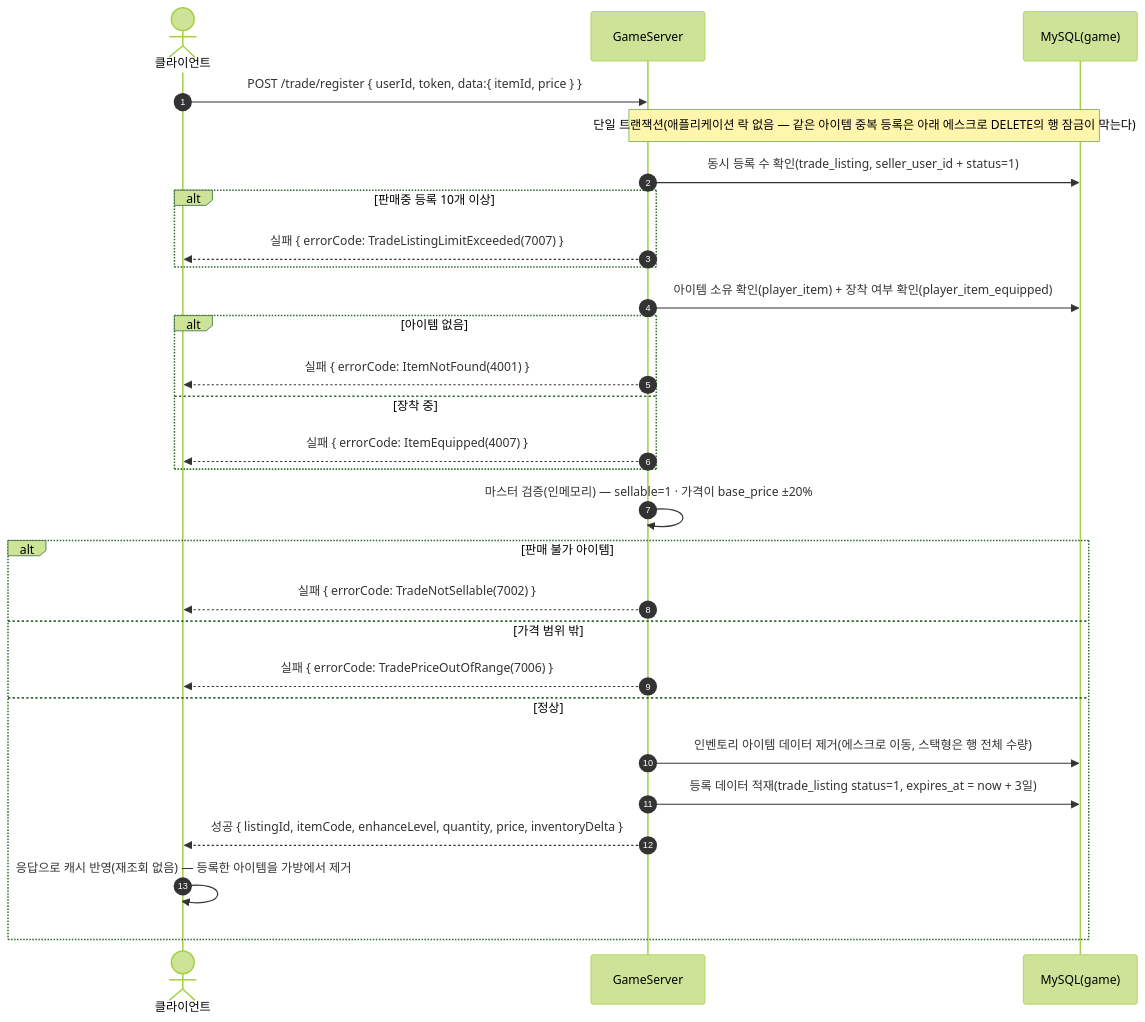
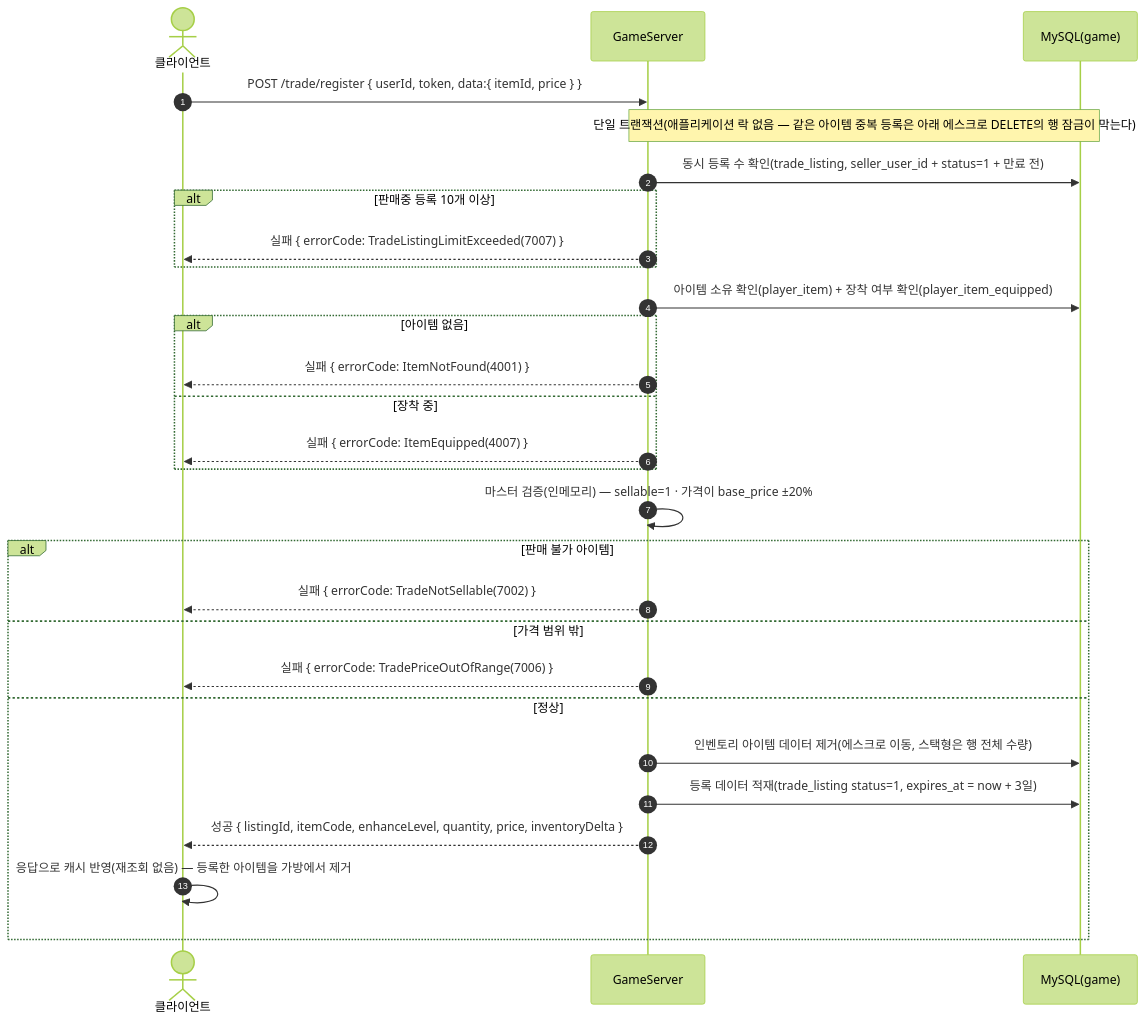
One commit to ks-wook/com2us-taskbar-hero changed diagram 27 of 39 in SequenceDiagram/README.md. Above: the diagram before and after it, drawn with Mermaid (forest theme). The commit also changed other lines of this file and 7 other files, not shown here.

````diff
--- a/SequenceDiagram/README.md
+++ b/SequenceDiagram/README.md
@@ -840,31 +841,31 @@
 ```mermaid
 sequenceDiagram
     autonumber
     actor C as 클라이언트
     participant S as GameServer
     participant DB as MySQL(game)
 
     C->>S: POST /trade/register { userId, token, data:{ itemId, price } }
     Note over S,DB: 단일 트랜잭션(애플리케이션 락 없음 — 같은 아이템 중복 등록은 아래 에스크로 DELETE의 행 잠금이 막는다)
-    S->>DB: 동시 등록 수 확인(trade_listing, seller_user_id + status=1)
+    S->>DB: 동시 등록 수 확인(trade_listing, seller_user_id + status=1 + 만료 전)
     alt 판매중 등록 10개 이상
         S-->>C: 실패 { errorCode: TradeListingLimitExceeded(7007) }
     end
     S->>DB: 아이템 소유 확인(player_item) + 장착 여부 확인(player_item_equipped)
     alt 아이템 없음
         S-->>C: 실패 { errorCode: ItemNotFound(4001) }
     else 장착 중
         S-->>C: 실패 { errorCode: ItemEquipped(4007) }
     end
     S->>S: 마스터 검증(인메모리) — sellable=1 · 가격이 base_price ±20%
     alt 판매 불가 아이템
         S-->>C: 실패 { errorCode: TradeNotSellable(7002) }
     else 가격 범위 밖
         S-->>C: 실패 { errorCode: TradePriceOutOfRange(7006) }
     else 정상
         S->>DB: 인벤토리 아이템 데이터 제거(에스크로 이동, 스택형은 행 전체 수량)
         S->>DB: 등록 데이터 적재(trade_listing status=1, expires_at = now + 3일)
         S-->>C: 성공 { listingId, itemCode, enhanceLevel, quantity, price, inventoryDelta }
         C->>C: 응답으로 캐시 반영(재조회 없음) — 등록한 아이템을 가방에서 제거
     end
 ```
````
